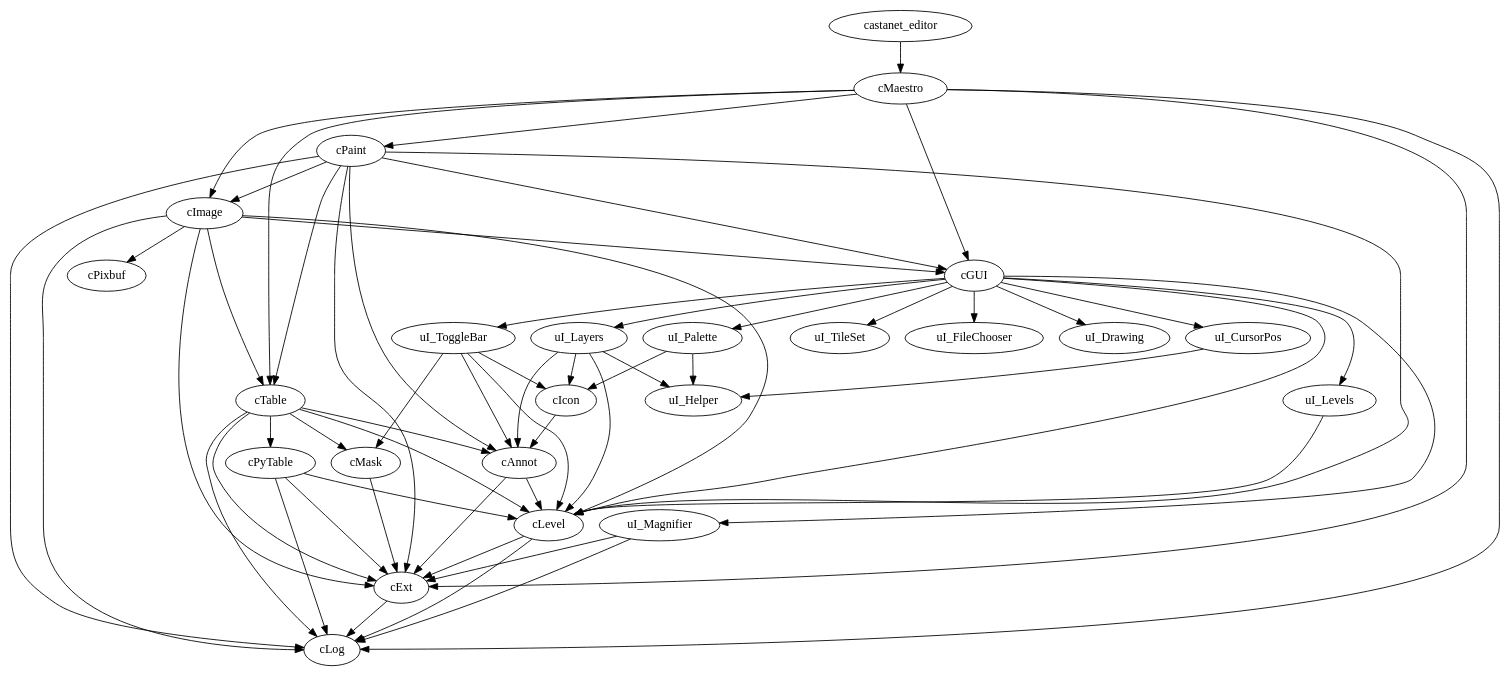
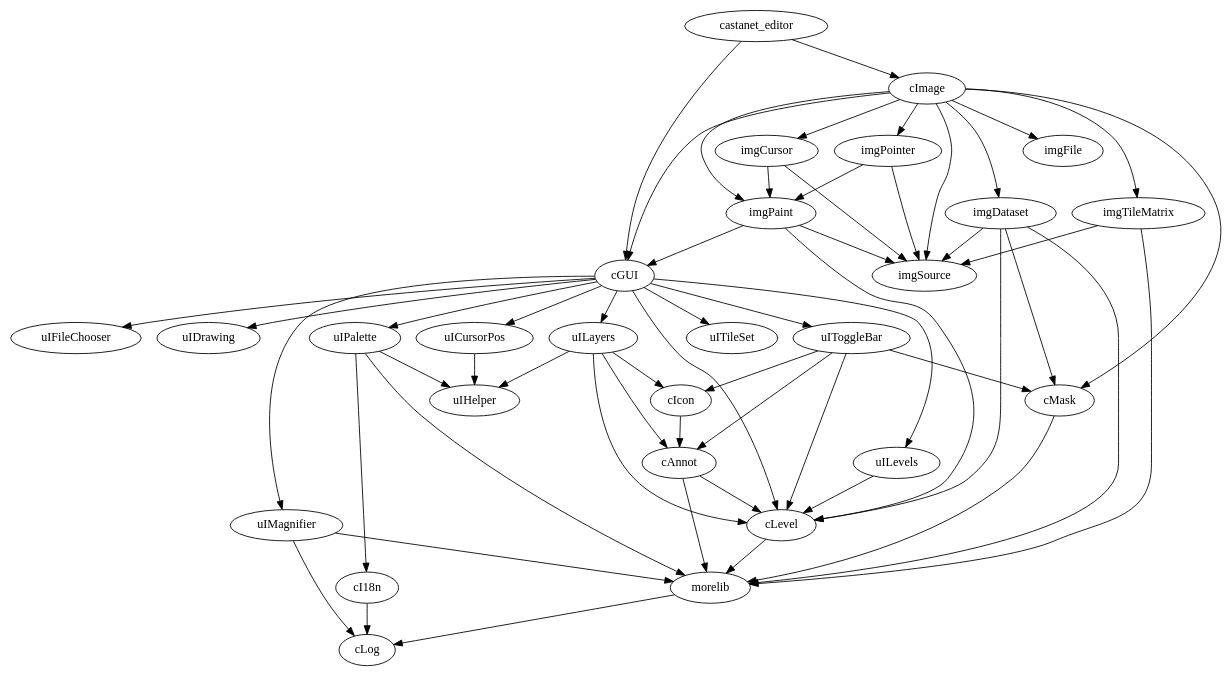
The diagram in doc/graph/dep_graph.dot (SchornacklabSLCU/amfinder), drawn with Graphviz before and after one commit. The commit also changed 2 other files, not shown here.

Commit message:
Updating paths and graph

```diff
--- a/doc/graph/dep_graph.dot
+++ b/doc/graph/dep_graph.dot
@@ -1,62 +1,58 @@
 digraph depend {
+cAnnot -> morelib
 cAnnot -> cLevel
-cAnnot -> cExt
-cExt -> cLog
-cGUI -> uI_ToggleBar
-cGUI -> uI_TileSet
-cGUI -> uI_Palette
-cGUI -> uI_Magnifier
-cGUI -> uI_Levels
-cGUI -> uI_Layers
-cGUI -> uI_FileChooser
-cGUI -> uI_Drawing
-cGUI -> uI_CursorPos
+cGUI -> uIToggleBar
+cGUI -> uITileSet
+cGUI -> uIPalette
+cGUI -> uIMagnifier
+cGUI -> uILevels
+cGUI -> uILayers
+cGUI -> uIFileChooser
+cGUI -> uIDrawing
+cGUI -> uICursorPos
 cGUI -> cLevel
+cI18n -> cLog
 cIcon -> cAnnot
-cImage -> cTable
-cImage -> cPixbuf
-cImage -> cLog
+cImage -> imgTileMatrix
+cImage -> imgSource
+cImage -> imgPointer
+cImage -> imgPaint
+cImage -> imgFile
+cImage -> imgDataset
+cImage -> imgCursor
 cImage -> cGUI
-cImage -> cExt
-cImage -> cLevel
-cLevel -> cLog
-cLevel -> cExt
-cMaestro -> cTable
-cMaestro -> cPaint
-cMaestro -> cLog
-cMaestro -> cImage
-cMaestro -> cGUI
-cMaestro -> cExt
-cMask -> cExt
-cPaint -> cTable
-cPaint -> cLog
-cPaint -> cLevel
-cPaint -> cImage
-cPaint -> cGUI
-cPaint -> cExt
-cPaint -> cAnnot
-cPyTable -> cLog
-cPyTable -> cLevel
-cPyTable -> cExt
-cTable -> cPyTable
-cTable -> cMask
-cTable -> cLog
-cTable -> cLevel
-cTable -> cExt
-cTable -> cAnnot
-castanet_editor -> cMaestro
-uI_CursorPos -> uI_Helper
-uI_Layers -> uI_Helper
-uI_Layers -> cLevel
-uI_Layers -> cIcon
-uI_Layers -> cAnnot
-uI_Levels -> cLevel
-uI_Magnifier -> cLog
-uI_Magnifier -> cExt
-uI_Palette -> uI_Helper
-uI_Palette -> cIcon
-uI_ToggleBar -> cMask
-uI_ToggleBar -> cLevel
-uI_ToggleBar -> cIcon
-uI_ToggleBar -> cAnnot
+cImage -> cMask
+cLevel -> morelib
+cMask -> morelib
+castanet_editor -> cImage
+castanet_editor -> cGUI
+imgCursor -> imgSource
+imgCursor -> imgPaint
+imgDataset -> morelib
+imgDataset -> cMask
+imgDataset -> cLevel
+imgDataset -> imgSource
+imgPaint -> imgSource
+imgPaint -> cLevel
+imgPaint -> cGUI
+imgPointer -> imgSource
+imgPointer -> imgPaint
+imgTileMatrix -> morelib
+imgTileMatrix -> imgSource
+morelib -> cLog
+uICursorPos -> uIHelper
+uILayers -> uIHelper
+uILayers -> cLevel
+uILayers -> cIcon
+uILayers -> cAnnot
+uILevels -> cLevel
+uIMagnifier -> morelib
+uIMagnifier -> cLog
+uIPalette -> uIHelper
+uIPalette -> morelib
+uIPalette -> cI18n
+uIToggleBar -> cMask
+uIToggleBar -> cLevel
+uIToggleBar -> cIcon
+uIToggleBar -> cAnnot
 }
```
